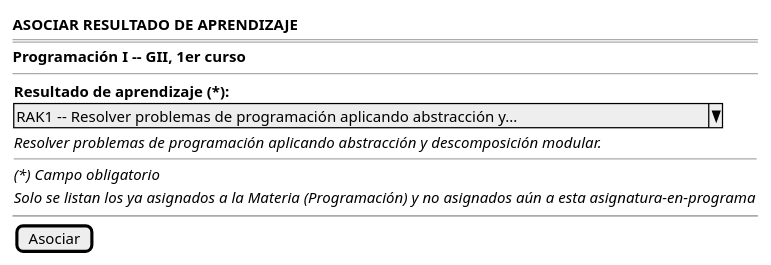
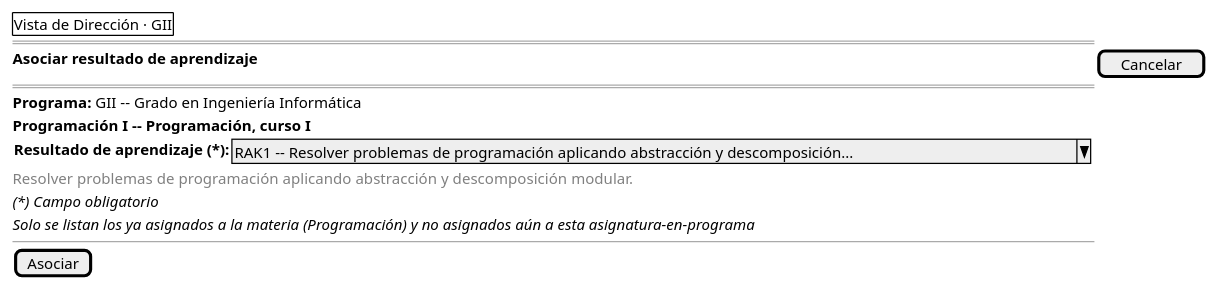
The first of 2 diagrams in RUP/01-requisitos/03-detalle-casos-uso/asociarResultadoAprendizajeAAsignaturaPrograma/wireframes.puml (mmasias/pyCeldaPublico), drawn with PlantUML before and after one commit. The commit also changed other lines of this file and 353 other files, not shown here.

```diff
--- a/RUP/01-requisitos/03-detalle-casos-uso/asociarResultadoAprendizajeAAsignaturaPrograma/wireframes.puml
+++ b/RUP/01-requisitos/03-detalle-casos-uso/asociarResultadoAprendizajeAAsignaturaPrograma/wireframes.puml
@@ -1,18 +1,18 @@
 @startsalt asociarResultadoAprendizajeAAsignaturaPrograma-wireframe
 {
-    <b>ASOCIAR RESULTADO DE APRENDIZAJE</b>
+    {+ Vista de Dirección · GII }
     ====
-    <b>Programación I -- GII, 1er curso</b>
+    <b>Asociar resultado de aprendizaje</b> | [ Cancelar ]
+    ====
+    <b>Programa:</b> GII -- Grado en Ingeniería Informática
+    <b>Programación I -- Programación, curso I</b>
+    {
+        <b>Resultado de aprendizaje (*):</b> | ^RAK1 -- Resolver problemas de programación aplicando abstracción y descomposición...^
+    }
+    <color:gray>Resolver problemas de programación aplicando abstracción y descomposición modular.</color>
+    <i>(*) Campo obligatorio</i>
+    <i>Solo se listan los ya asignados a la materia (Programación) y no asignados aún a esta asignatura-en-programa</i>
     --
-    {
-        <b>Resultado de aprendizaje (*):</b>
-        ^RAK1 -- Resolver problemas de programación aplicando abstracción y...^
-        <i>Resolver problemas de programación aplicando abstracción y descomposición modular.</i>
-        --
-        <i>(*) Campo obligatorio</i>
-        <i>Solo se listan los ya asignados a la Materia (Programación) y no asignados aún a esta asignatura-en-programa</i>
-    }
-    ~~
-    {[Asociar]}
+    [Asociar]
 }
 @endsalt
```
